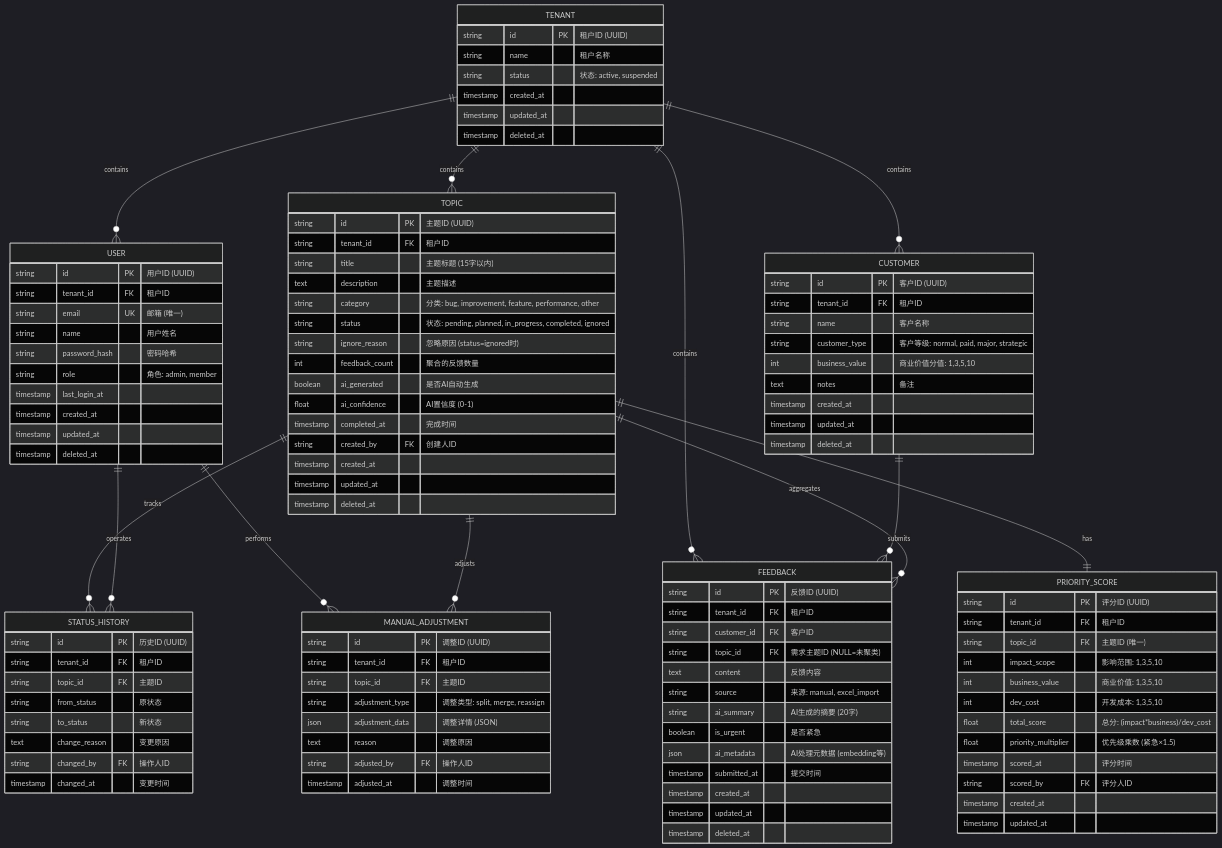
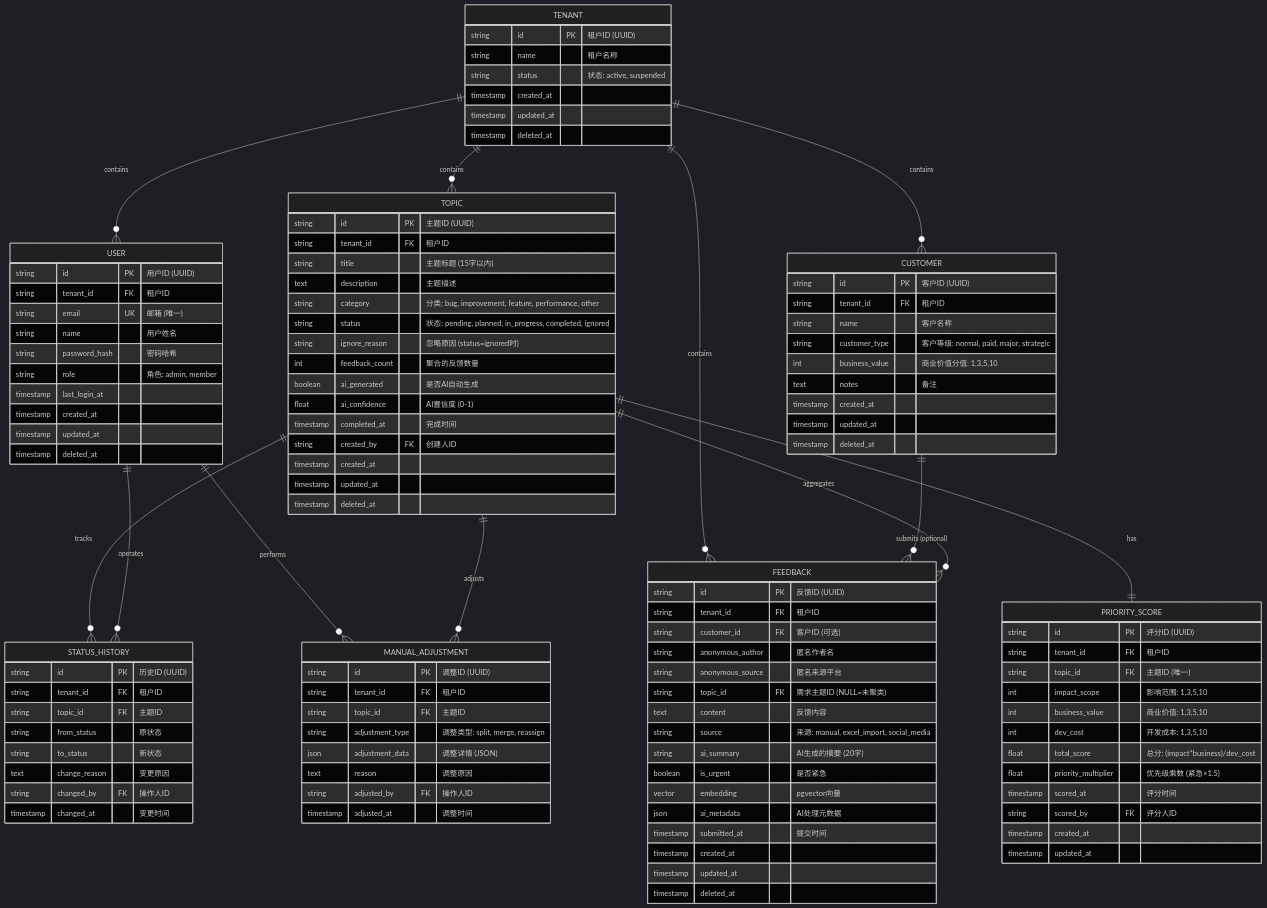
The diagram in docs/database-design.md (yisizhu520/userecho), drawn with Mermaid (dark theme) before and after one commit. The commit also changed other lines of this file and 70 other files, not shown here.

```diff
--- a/docs/database-design.md
+++ b/docs/database-design.md
@@ -43,7 +43,7 @@
     TENANT ||--o{ TOPIC : contains
 
     %% 核心业务关系
-    CUSTOMER ||--o{ FEEDBACK : submits
+    CUSTOMER ||--o{ FEEDBACK : "submits (optional)"
     TOPIC ||--o{ FEEDBACK : aggregates
     TOPIC ||--|| PRIORITY_SCORE : has
     TOPIC ||--o{ STATUS_HISTORY : tracks
@@ -94,13 +94,16 @@
     FEEDBACK {
         string id PK "反馈ID (UUID)"
         string tenant_id FK "租户ID"
-        string customer_id FK "客户ID"
+        string customer_id FK "客户ID (可选)"
+        string anonymous_author "匿名作者名"
+        string anonymous_source "匿名来源平台"
         string topic_id FK "需求主题ID (NULL=未聚类)"
         text content "反馈内容"
-        string source "来源: manual, excel_import"
+        string source "来源: manual, excel_import, social_media"
         string ai_summary "AI生成的摘要 (20字)"
         boolean is_urgent "是否紧急"
-        json ai_metadata "AI处理元数据 (embedding等)"
+        vector embedding "pgvector向量"
+        json ai_metadata "AI处理元数据"
         timestamp submitted_at "提交时间"
         timestamp created_at
         timestamp updated_at
```
